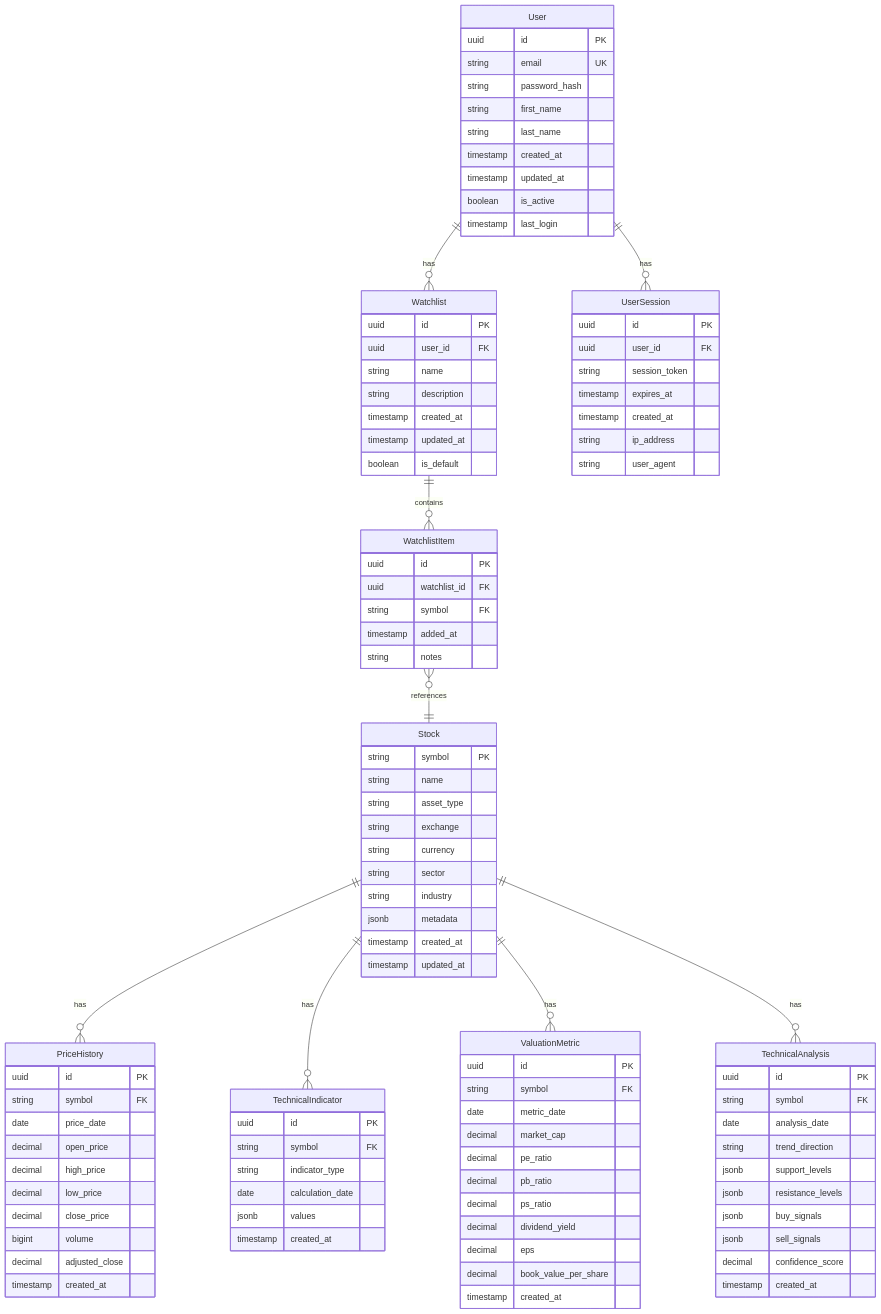
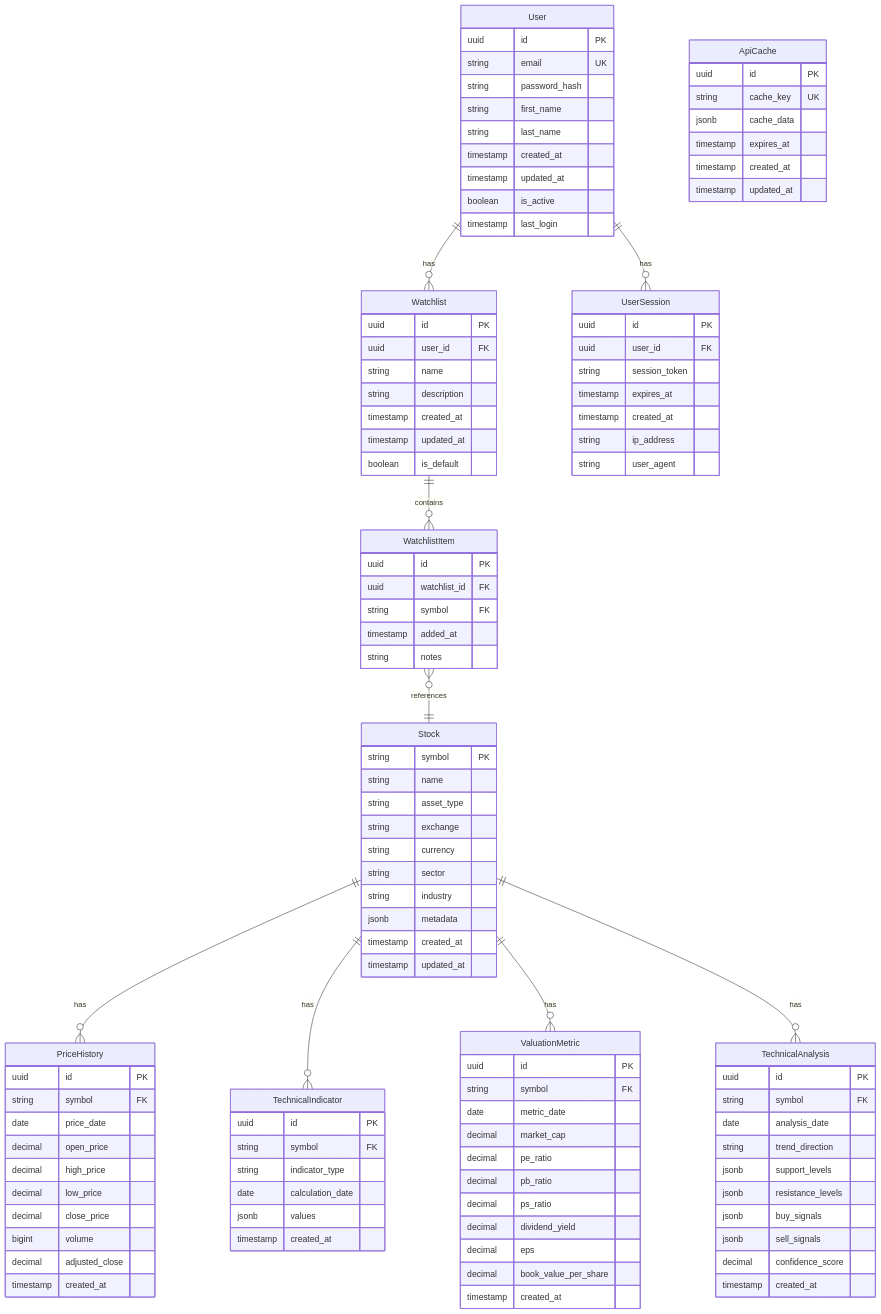
One commit to anthony917/buy-what changed the diagram in specs/001-1-web-2/data-model.md. Above: the diagram before and after it, drawn with Mermaid. The commit also changed other lines of this file and 4 other files, not shown here.

````diff
--- a/specs/001-1-web-2/data-model.md
+++ b/specs/001-1-web-2/data-model.md
@@ -117,4 +117,13 @@
         string ip_address
         string user_agent
     }
+    
+    ApiCache {
+        uuid id PK
+        string cache_key UK
+        jsonb cache_data
+        timestamp expires_at
+        timestamp created_at
+        timestamp updated_at
+    }
 ```
````
